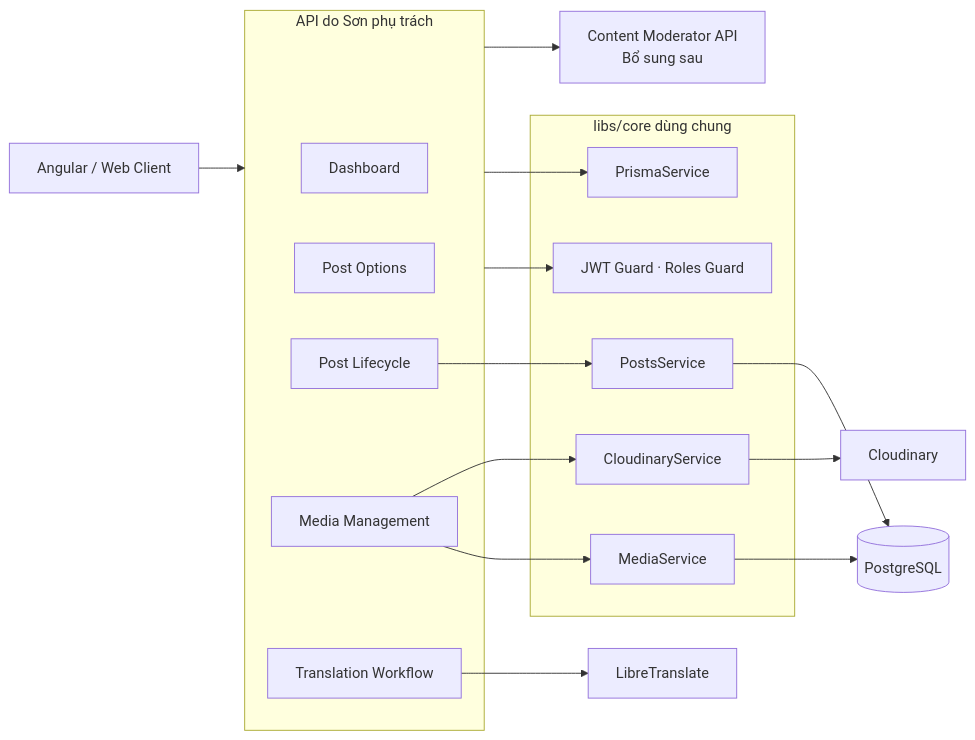
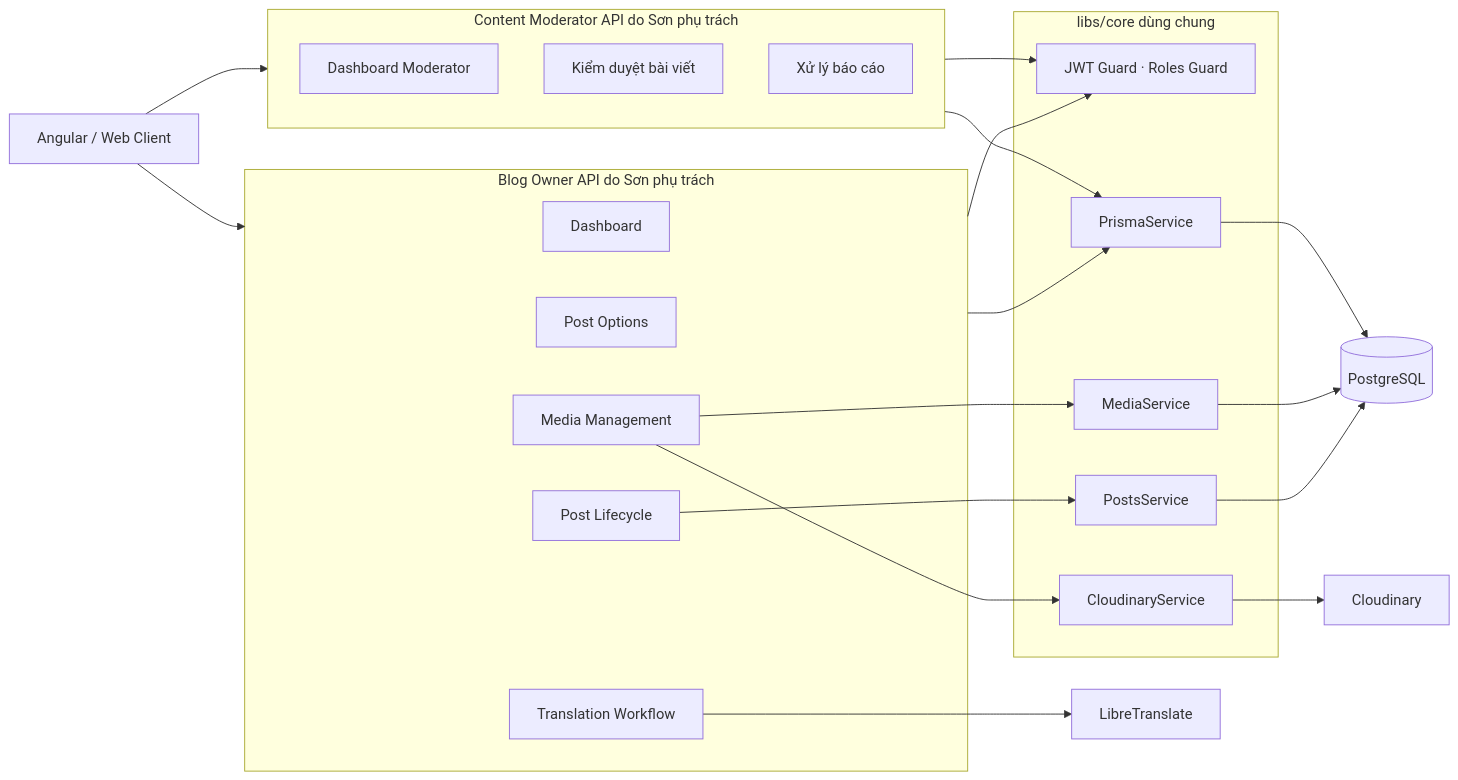
The diagram in SON_WORK_ASSIGNMENT.md (ngocha3792/Quan-ly-blog), drawn with Mermaid before and after one commit. The commit also changed other lines of this file and 4 other files, not shown here.

````diff
--- a/SON_WORK_ASSIGNMENT.md
+++ b/SON_WORK_ASSIGNMENT.md
@@ -27,37 +31,49 @@
 ```mermaid
 flowchart LR
     CLIENT[Angular / Web Client]
 
-    subgraph BLOGOWNER[API do Sơn phụ trách]
-        DASHBOARD[Dashboard]
+    subgraph BLOGOWNER[Blog Owner API do Sơn phụ trách]
+        BDASH[Dashboard]
         OPTIONS[Post Options]
         POSTS[Post Lifecycle]
         MEDIA[Media Management]
         TRANSLATION[Translation Workflow]
+    end
+
+    subgraph MODERATOR[Content Moderator API do Sơn phụ trách]
+        MDASH[Dashboard Moderator]
+        REVIEW[Kiểm duyệt bài viết]
+        REPORTS[Xử lý báo cáo]
     end
 
     subgraph CORE[libs/core dùng chung]
         AUTH[JWT Guard · Roles Guard]
         POSTCORE[PostsService]
         MEDIACORE[MediaService]
         STORAGE[CloudinaryService]
         PRISMA[PrismaService]
     end
 
-    MODERATOR[Content Moderator API\nBổ sung sau]
     DB[(PostgreSQL)]
     CLOUD[Cloudinary]
     LT[LibreTranslate]
 
     CLIENT --> BLOGOWNER
+    CLIENT --> MODERATOR
+
     BLOGOWNER --> AUTH
+    MODERATOR --> AUTH
+
     POSTS --> POSTCORE
     MEDIA --> MEDIACORE
     MEDIA --> STORAGE
     TRANSLATION --> LT
+
     BLOGOWNER --> PRISMA
+    MODERATOR --> PRISMA
+
     POSTCORE --> DB
     MEDIACORE --> DB
+    PRISMA --> DB
     STORAGE --> CLOUD
-    BLOGOWNER --> MODERATOR
 ```
````
